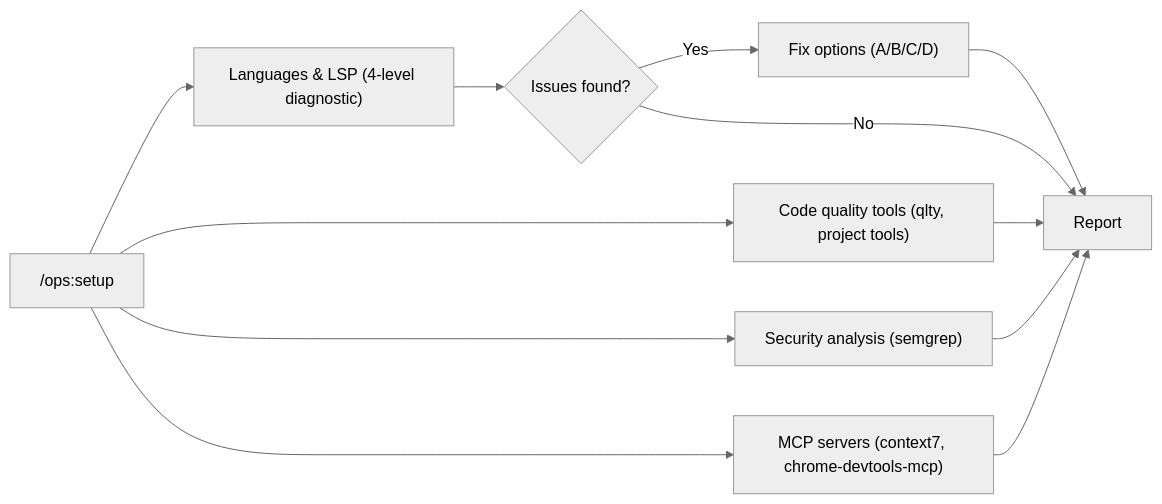
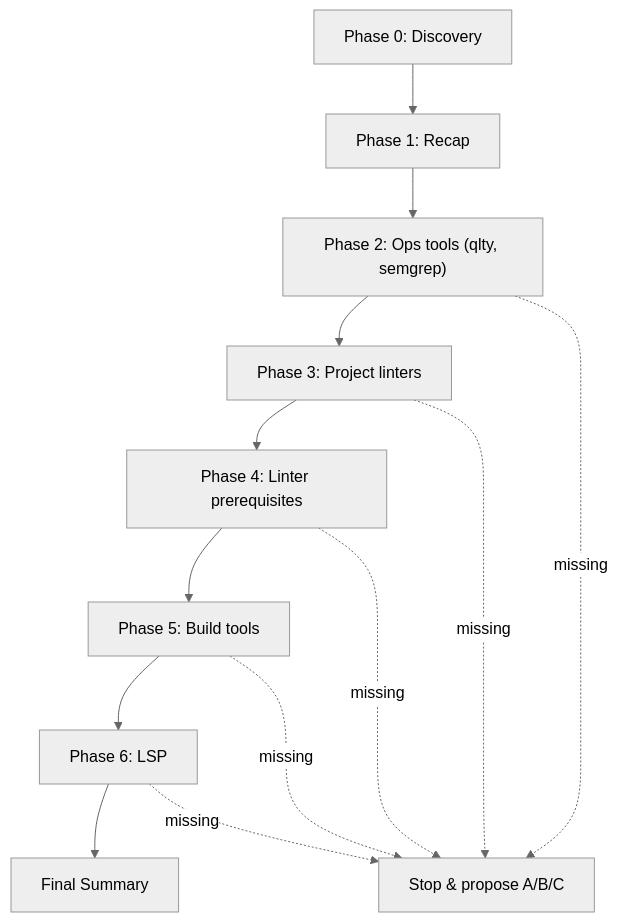
One commit to gigi206/ops changed diagram 14 of 16 in README.md. Above: the diagram before and after it, drawn with Mermaid (neutral theme). The commit also changed other lines of this file and 57 other files, not shown here.

Commit message:
feat: v3.0.0 — OpenCode compatibility + skill renaming ops:* → ops-* + review pipeline extraction

````diff
--- a/README.md
+++ b/README.md
@@ -662,14 +680,15 @@
 ```mermaid
-graph LR
-    S["/ops:setup"] --> L["Languages & LSP (4-level diagnostic)"]
-    S --> Q["Code quality tools (qlty, project tools)"]
-    S --> SG["Security analysis (semgrep)"]
-    S --> MCP["MCP servers (context7, chrome-devtools-mcp)"]
-    L --> D{"Issues found?"}
-    D -->|Yes| O["Fix options (A/B/C/D)"]
-    D -->|No| R["Report"]
-    Q --> R
-    SG --> R
-    MCP --> R
-    O --> R
+graph TD
+    D["Phase 0: Discovery"] --> R["Phase 1: Recap"]
+    R --> OT["Phase 2: Ops tools (qlty, semgrep)"]
+    OT --> PL["Phase 3: Project linters"]
+    PL --> PR["Phase 4: Linter prerequisites"]
+    PR --> BT["Phase 5: Build tools"]
+    BT --> LSP["Phase 6: LSP"]
+    LSP --> S["Final Summary"]
+    OT -.->|missing| FIX["Stop & propose A/B/C"]
+    PL -.->|missing| FIX
+    PR -.->|missing| FIX
+    BT -.->|missing| FIX
+    LSP -.->|missing| FIX
 ```
````
